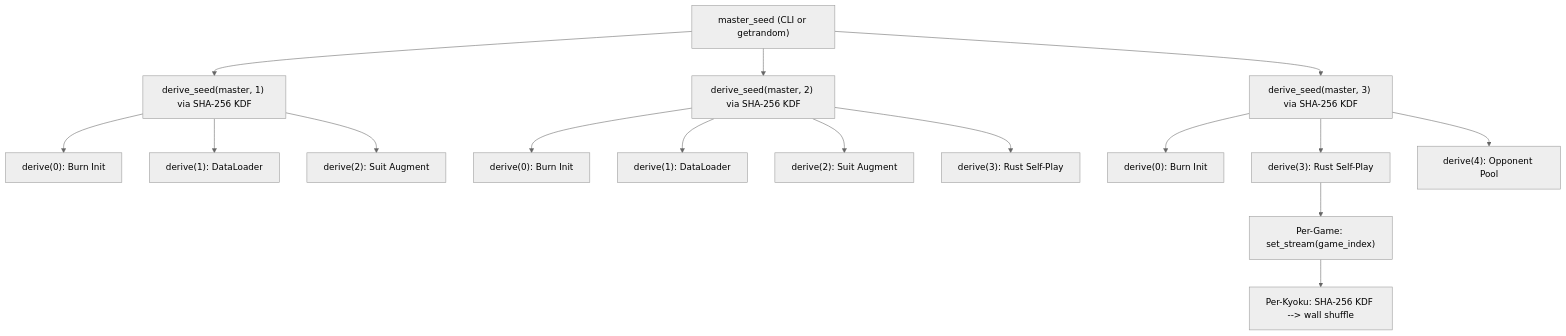
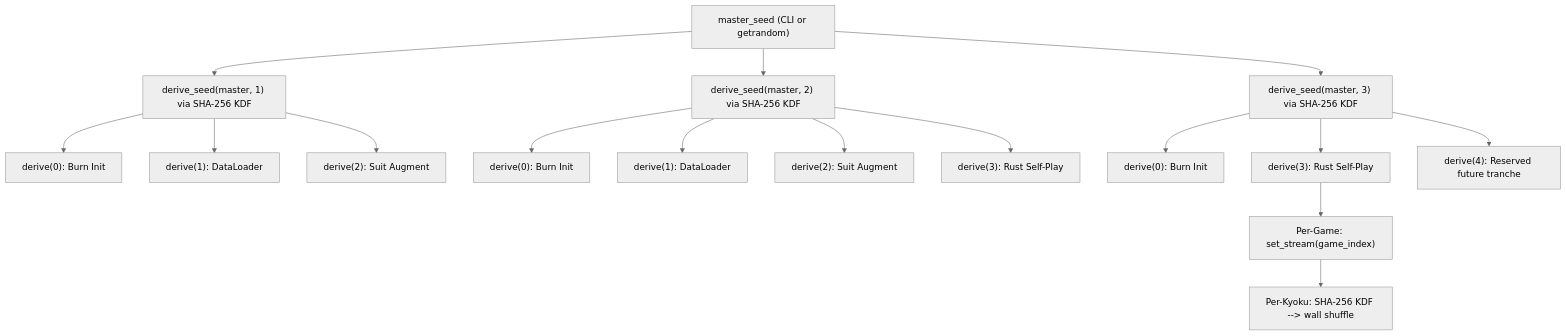
The diagram in research/design/SEEDING.md (NikkeTryHard/hydra), drawn with Mermaid (neutral theme) before and after one commit. The commit also changed other lines of this file and 64 other files, not shown here.

First line of the commit message:
refactor(hydra-train): consolidate runtime and data helper flows

````diff
--- a/research/design/SEEDING.md
+++ b/research/design/SEEDING.md
@@ -53,23 +53,23 @@
 ```mermaid
 graph TD
     MASTER["master_seed (CLI or getrandom)"]
     MASTER --> P1["derive_seed(master, 1) via SHA-256 KDF"]
     MASTER --> P2["derive_seed(master, 2) via SHA-256 KDF"]
     MASTER --> P3["derive_seed(master, 3) via SHA-256 KDF"]
 
     P1 --> S0_1["derive(0): Burn Init"]
     P1 --> S1_1["derive(1): DataLoader"]
     P1 --> S2_1["derive(2): Suit Augment"]
 
     P2 --> S0_2["derive(0): Burn Init"]
     P2 --> S1_2["derive(1): DataLoader"]
     P2 --> S2_2["derive(2): Suit Augment"]
     P2 --> S3_2["derive(3): Rust Self-Play"]
 
     P3 --> S0_3["derive(0): Burn Init"]
     P3 --> S3_3["derive(3): Rust Self-Play"]
-    P3 --> S4_3["derive(4): Opponent Pool"]
+    P3 --> S4_3["derive(4): Reserved future tranche"]
 
     S3_3 --> GAME["Per-Game: set_stream(game_index)"]
     GAME --> KYOKU["Per-Kyoku: SHA-256 KDF --> wall shuffle"]
 ```
````
